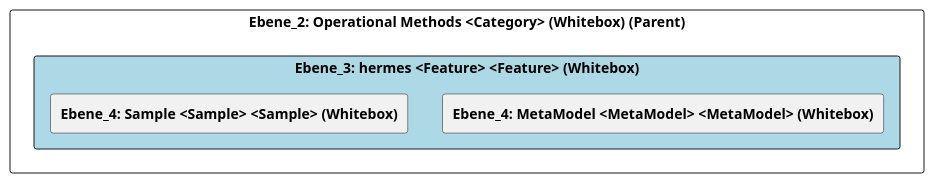
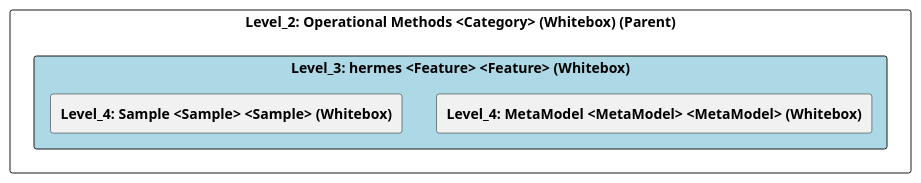
The diagram in doc/cleonproject_deliverables_architecture_model_architecture/adoc/de/05_bausteinsicht/cleon/operational_methods/hermes/ebene_3_hermes.adoc (marcozwyssig/cleon), drawn with PlantUML before and after one commit. The commit also changed other lines of this file and 83 other files, not shown here.

```diff
--- a/doc/cleonproject_deliverables_architecture_model_architecture/adoc/de/05_bausteinsicht/cleon/operational_methods/hermes/ebene_3_hermes.adoc
+++ b/doc/cleonproject_deliverables_architecture_model_architecture/adoc/de/05_bausteinsicht/cleon/operational_methods/hermes/ebene_3_hermes.adoc
@@ -20,25 +20,25 @@
-[plantuml, Ebene_3: hermes <Feature> <Feature> (Whitebox)BlockOverview, format="svg"]
+[plantuml, Level_3: hermes <Feature> <Feature> (Whitebox)BlockOverview, format="svg"]
 ----
-@startuml Ebene_3: hermes <Feature> <Feature> (Whitebox)BuildingBlockOverview
+@startuml Level_3: hermes <Feature> <Feature> (Whitebox)BuildingBlockOverview
 
 skinparam ranksep 10
 skinparam componentStyle rectangle
 skinparam shadowing false
 skinparam arrowColor lightblue
 skinparam arrowThickness 1.2
 skinparam rectangle {
   BackgroundColor White
   BorderColor #333
   RoundCorner 10
 }
 top to bottom direction
 
-component "Ebene_2: Operational Methods <Category> (Whitebox) (Parent)" {
-    component "Ebene_3: hermes <Feature> <Feature> (Whitebox)" #lightblue {
-        [**Ebene_4: MetaModel <MetaModel> <MetaModel> (Whitebox)**] as 3BDFB317_D421_11EF_BDEF_4D33DBCE89CB
-        [**Ebene_4: Sample <Sample> <Sample> (Whitebox)**] as 3BDFB318_D421_11EF_BDEF_4D33DBCE89CB
+component "Level_2: Operational Methods <Category> (Whitebox) (Parent)" {
+    component "Level_3: hermes <Feature> <Feature> (Whitebox)" #lightblue {
+        [**Level_4: MetaModel <MetaModel> <MetaModel> (Whitebox)**] as 3BDFB317_D421_11EF_BDEF_4D33DBCE89CB
+        [**Level_4: Sample <Sample> <Sample> (Whitebox)**] as 3BDFB318_D421_11EF_BDEF_4D33DBCE89CB
     }
 }
 
 @enduml
 ----
```
